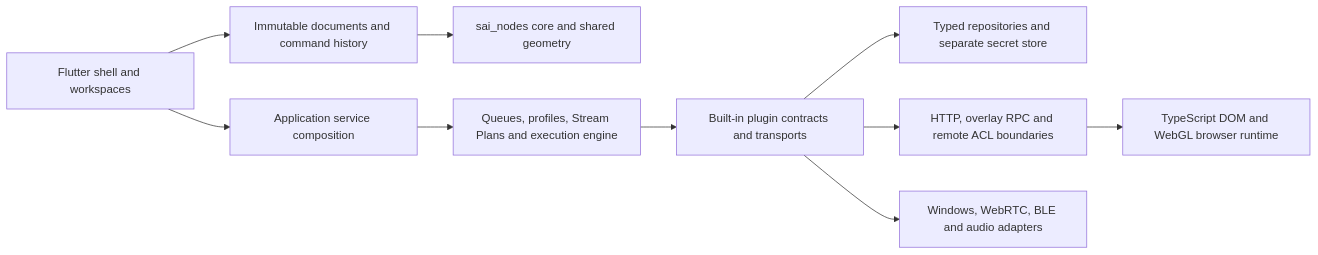
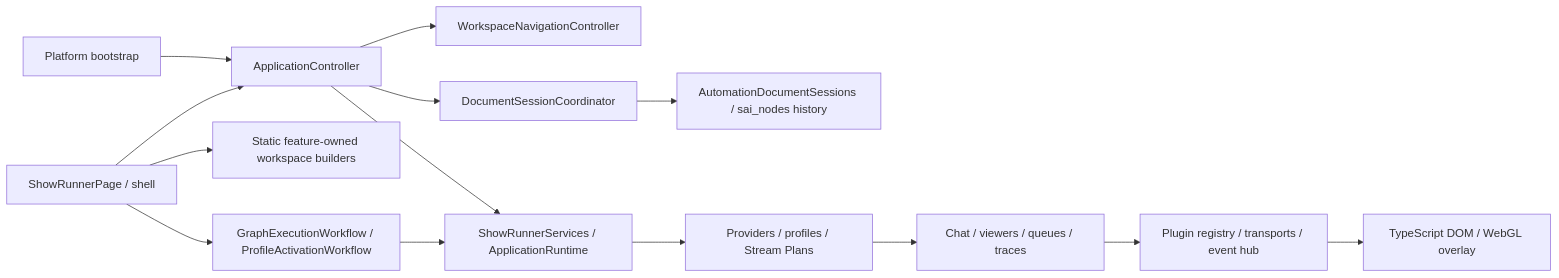
One commit to saitatter/sai-showrunner changed the diagram in docs/architecture.md. Above: the diagram before and after it, drawn with Mermaid. The commit also changed other lines of this file and 2 other files, not shown here.

First line of the commit message:
docs(architecture): record application ownership and lifecycle proof

````diff
--- a/docs/architecture.md
+++ b/docs/architecture.md
@@ -61,12 +65,16 @@
 ```mermaid
 flowchart LR
-  UI[Flutter shell and workspaces] --> DOC[Immutable documents and command history]
-  DOC --> CORE[sai_nodes core and shared geometry]
-  UI --> SERVICES[Application service composition]
-  SERVICES --> RUNTIME[Queues, profiles, Stream Plans and execution engine]
-  RUNTIME --> REGISTRY[Built-in plugin contracts and transports]
-  REGISTRY --> REPOS[Typed repositories and separate secret store]
-  REGISTRY --> BRIDGE[HTTP, overlay RPC and remote ACL boundaries]
-  BRIDGE --> BROWSER[TypeScript DOM and WebGL browser runtime]
-  REGISTRY --> NATIVE[Windows, WebRTC, BLE and audio adapters]
+  MAIN[Platform bootstrap] --> APP[ApplicationController]
+  APP --> NAV[WorkspaceNavigationController]
+  APP --> DOC[DocumentSessionCoordinator]
+  APP --> SERVICES[ShowRunnerServices / ApplicationRuntime]
+  UI[ShowRunnerPage / shell] --> APP
+  UI --> FEATURES[Static feature-owned workspace builders]
+  DOC --> SESSIONS[AutomationDocumentSessions / sai_nodes history]
+  UI --> WORKFLOWS[GraphExecutionWorkflow / ProfileActivationWorkflow]
+  WORKFLOWS --> SERVICES
+  SERVICES --> PRODUCERS[Providers / profiles / Stream Plans]
+  PRODUCERS --> SINKS[Chat / viewers / queues / traces]
+  SINKS --> PLUGINS[Plugin registry / transports / event hub]
+  PLUGINS --> BROWSER[TypeScript DOM / WebGL overlay]
 ```
````
